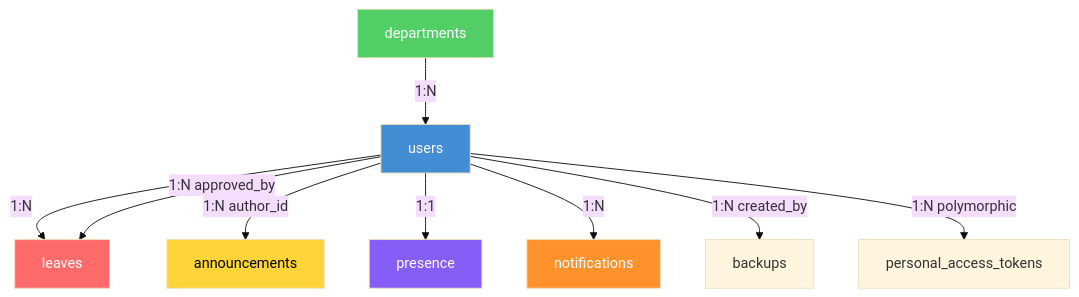
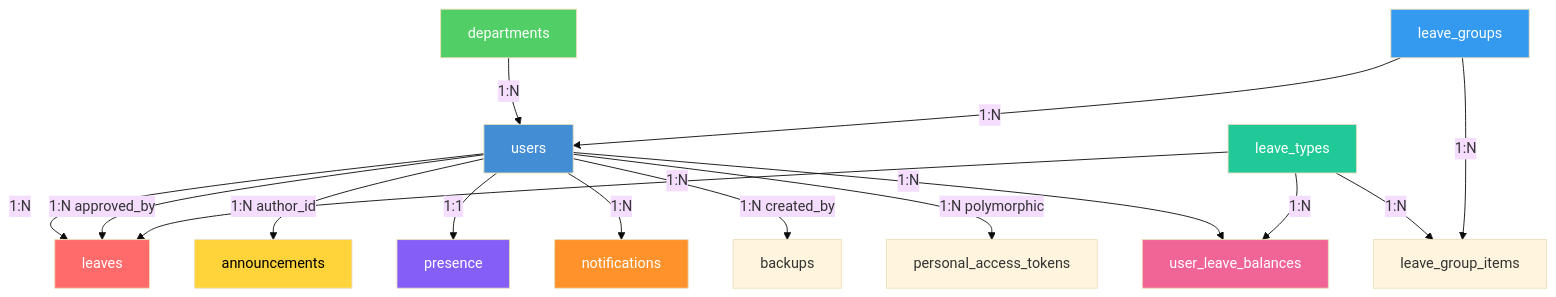
Before and after one commit to shivamBentley/employee-management: the second of 2 diagrams in documents/11-er-diagram.md, drawn with Mermaid (base theme). The commit also changed other lines of this file and 78 other files, not shown here.

````diff
--- a/documents/11-er-diagram.md
+++ b/documents/11-er-diagram.md
@@ -136,18 +198,27 @@
 ```mermaid
 graph TB
     DEPT[departments] -->|1:N| USERS[users]
     USERS -->|1:N| LEAVES[leaves]
     USERS -->|1:N approved_by| LEAVES
     USERS -->|1:N author_id| ANN[announcements]
     USERS -->|1:1| PRES[presence]
     USERS -->|1:N| NOTIF[notifications]
     USERS -->|1:N created_by| BKP[backups]
     USERS -->|1:N polymorphic| TOKENS[personal_access_tokens]
+    LTYPE[leave_types] -->|1:N| LEAVES
+    LTYPE -->|1:N| LGITEMS[leave_group_items]
+    LGRP[leave_groups] -->|1:N| LGITEMS
+    LGRP -->|1:N| USERS
+    USERS -->|1:N| ULBAL[user_leave_balances]
+    LTYPE -->|1:N| ULBAL
 
     style USERS fill:#438DD5,color:#fff
     style DEPT fill:#51CF66,color:#fff
     style LEAVES fill:#FF6B6B,color:#fff
     style ANN fill:#FFD43B,color:#000
     style PRES fill:#845EF7,color:#fff
     style NOTIF fill:#FF922B,color:#fff
+    style LTYPE fill:#20C997,color:#fff
+    style LGRP fill:#339AF0,color:#fff
+    style ULBAL fill:#F06595,color:#fff
 ```
````
